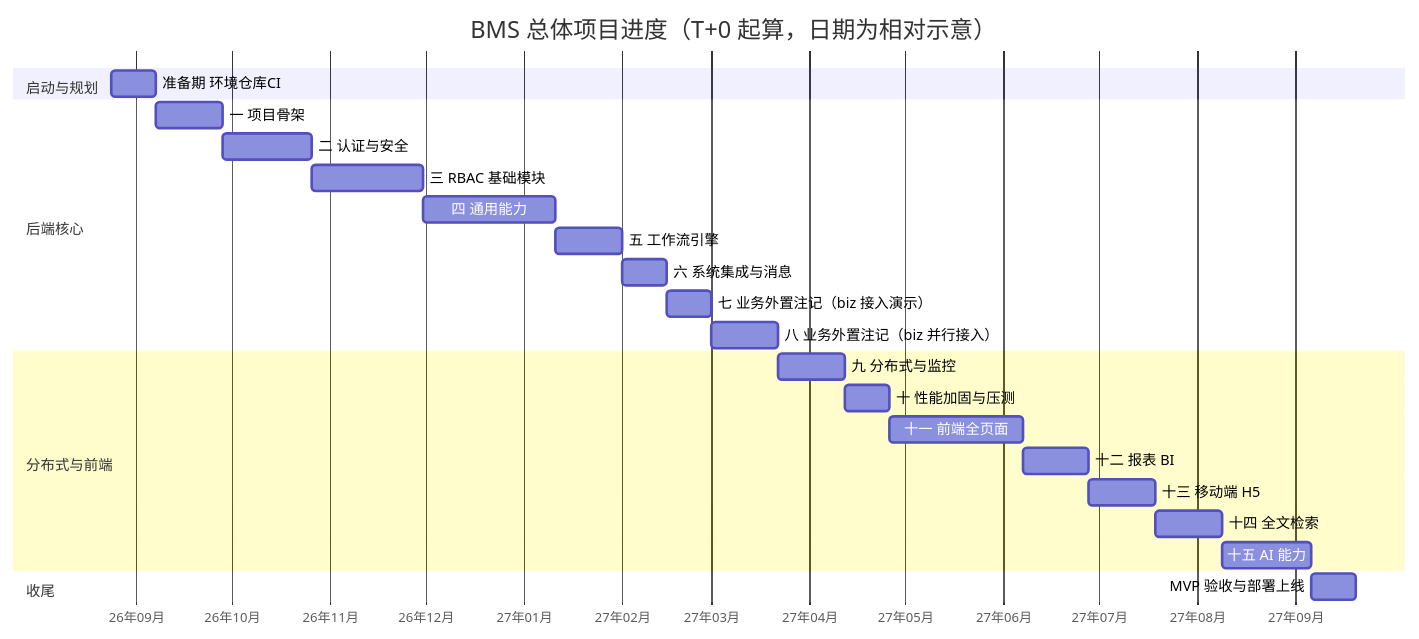
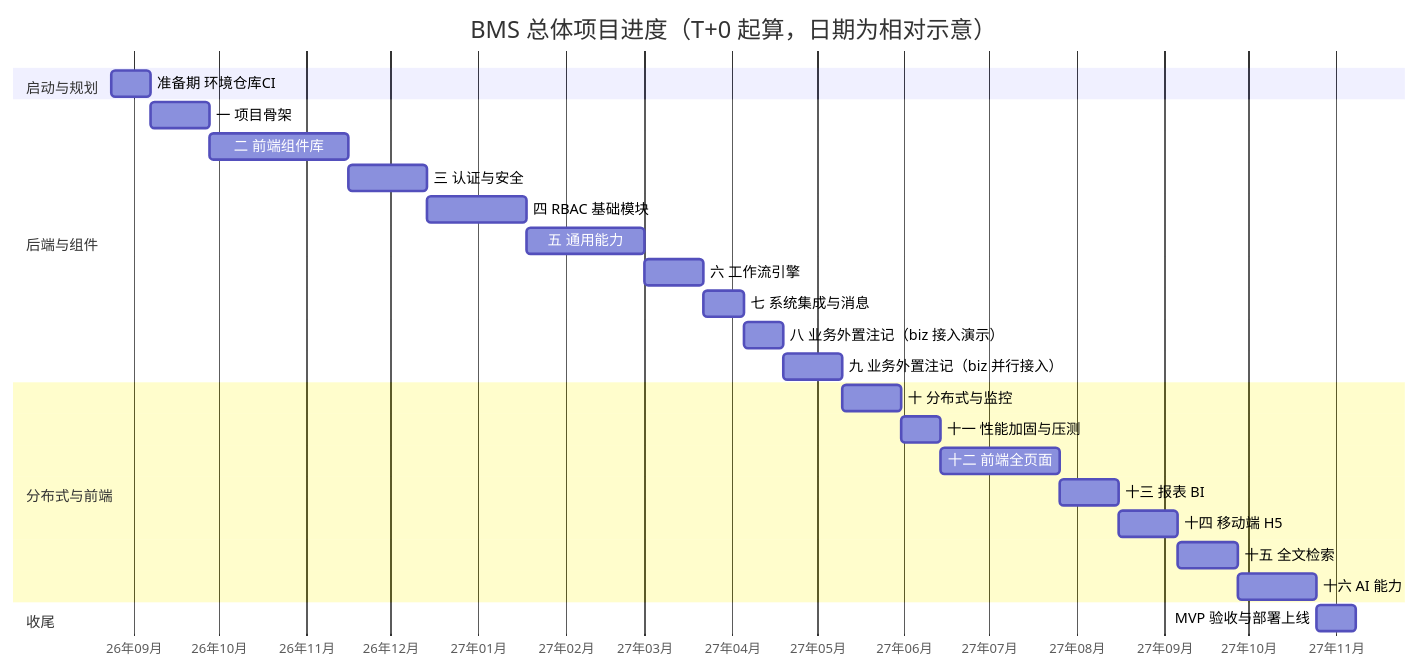
Before and after one commit to minjian123/basic-management-system: the second of 2 diagrams in bms文档/规划/总体项目规划.md, drawn with Mermaid. The commit also changed other lines of this file and 122 other files, not shown here.

````diff
--- a/bms文档/规划/总体项目规划.md
+++ b/bms文档/规划/总体项目规划.md
@@ -182,28 +185,29 @@
 ```mermaid
 gantt
     title BMS 总体项目进度（T+0 起算，日期为相对示意）
     dateFormat  YYYY-MM-DD
     axisFormat  %y年%m月
     tickInterval 1month
     section 启动与规划
     准备期 环境仓库CI        :a0, 2026-08-24, 2w
-    section 后端核心
+    section 后端与组件
     一 项目骨架              :a1, after a0, 3w
-    二 认证与安全            :a2, after a1, 4w
-    三 RBAC 基础模块         :a3, after a2, 5w
-    四 通用能力              :a4, after a3, 6w
-    五 工作流引擎            :a5, after a4, 3w
-    六 系统集成与消息        :a6, after a5, 2w
-    七 业务外置注记（biz 接入演示）  :a7, after a6, 2w
-    八 业务外置注记（biz 并行接入）  :a8, after a7, 3w
+    二 前端组件库            :a2, after a1, 7w
+    三 认证与安全            :a3, after a2, 4w
+    四 RBAC 基础模块         :a4, after a3, 5w
+    五 通用能力              :a5, after a4, 6w
+    六 工作流引擎            :a6, after a5, 3w
+    七 系统集成与消息        :a7, after a6, 2w
+    八 业务外置注记（biz 接入演示）  :a8, after a7, 2w
+    九 业务外置注记（biz 并行接入）  :a9, after a8, 3w
     section 分布式与前端
-    九 分布式与监控          :a9, after a8, 3w
-    十 性能加固与压测        :a10, after a9, 2w
-    十一 前端全页面          :a11, after a10, 6w
-    十二 报表 BI             :a12, after a11, 3w
-    十三 移动端 H5           :a13, after a12, 3w
-    十四 全文检索            :a14, after a13, 3w
-    十五 AI 能力             :a15, after a14, 4w
+    十 分布式与监控          :a10, after a9, 3w
+    十一 性能加固与压测      :a11, after a10, 2w
+    十二 前端全页面          :a12, after a11, 6w
+    十三 报表 BI             :a13, after a12, 3w
+    十四 移动端 H5           :a14, after a13, 3w
+    十五 全文检索            :a15, after a14, 3w
+    十六 AI 能力             :a16, after a15, 4w
     section 收尾
-    MVP 验收与部署上线       :a16, after a15, 2w
+    MVP 验收与部署上线       :a17, after a16, 2w
 ```
````
